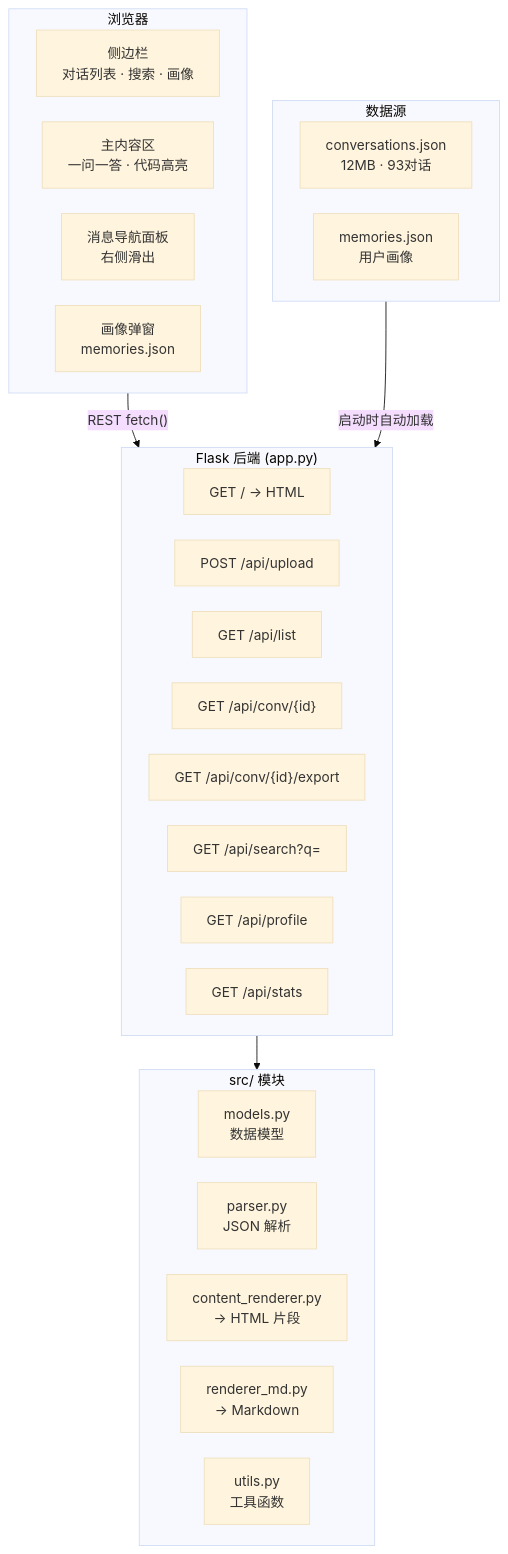
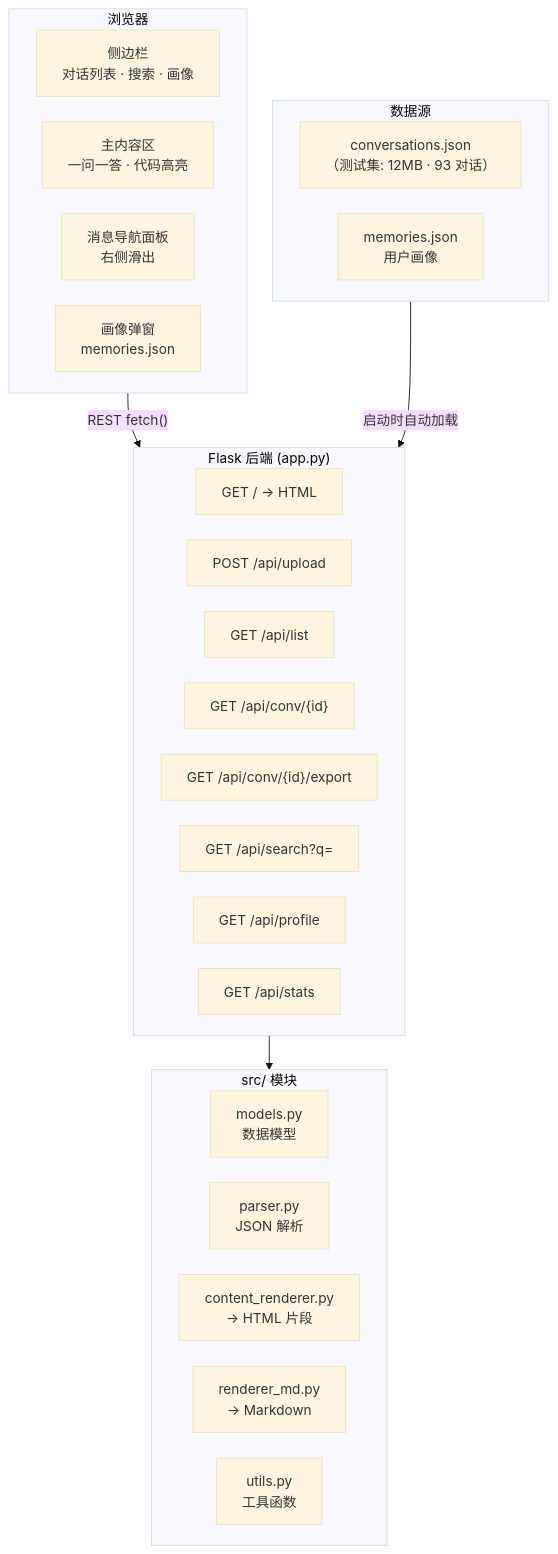
The first of 12 diagrams in docs/技术文档.md (Silva6c/claude-viewer), drawn with Mermaid before and after one commit. The commit also changed other lines of this file and 1 other file, not shown here.

````diff
--- a/docs/技术文档.md
+++ b/docs/技术文档.md
@@ -31,38 +33,38 @@
 ```mermaid
 %%{init: {'theme': 'base', 'flowchart': {'nodeSpacing': 30, 'rankSpacing': 40}}}%%
 graph TD
     subgraph Browser["浏览器"]
         SIDEBAR["侧边栏<br/>对话列表 · 搜索 · 画像"]
         MAIN["主内容区<br/>一问一答 · 代码高亮"]
         OUTLINE["消息导航面板<br/>右侧滑出"]
         MODAL["画像弹窗<br/>memories.json"]
     end
 
     subgraph Flask["Flask 后端 (app.py)"]
         R_INDEX["GET / → HTML"]
         R_UPLOAD["POST /api/upload"]
         R_LIST["GET /api/list"]
         R_CONV["GET /api/conv/{id}"]
         R_EXPORT["GET /api/conv/{id}/export"]
         R_SEARCH["GET /api/search?q="]
         R_PROFILE["GET /api/profile"]
         R_STATS["GET /api/stats"]
     end
 
     subgraph SRC["src/ 模块"]
         MODELS["models.py<br/>数据模型"]
         PARSER["parser.py<br/>JSON 解析"]
         HTML_R["content_renderer.py<br/>→ HTML 片段"]
         MD_R["renderer_md.py<br/>→ Markdown"]
         UTILS["utils.py<br/>工具函数"]
     end
 
     subgraph DATA["数据源"]
-        CONV_JSON["conversations.json<br/>12MB · 93对话"]
+        CONV_JSON["conversations.json<br/>（测试集: 12MB · 93 对话）"]
         MEM_JSON["memories.json<br/>用户画像"]
     end
 
     Browser -->|"REST fetch()"| Flask
     Flask --> SRC
     DATA -->|"启动时自动加载"| Flask
 ```
````
